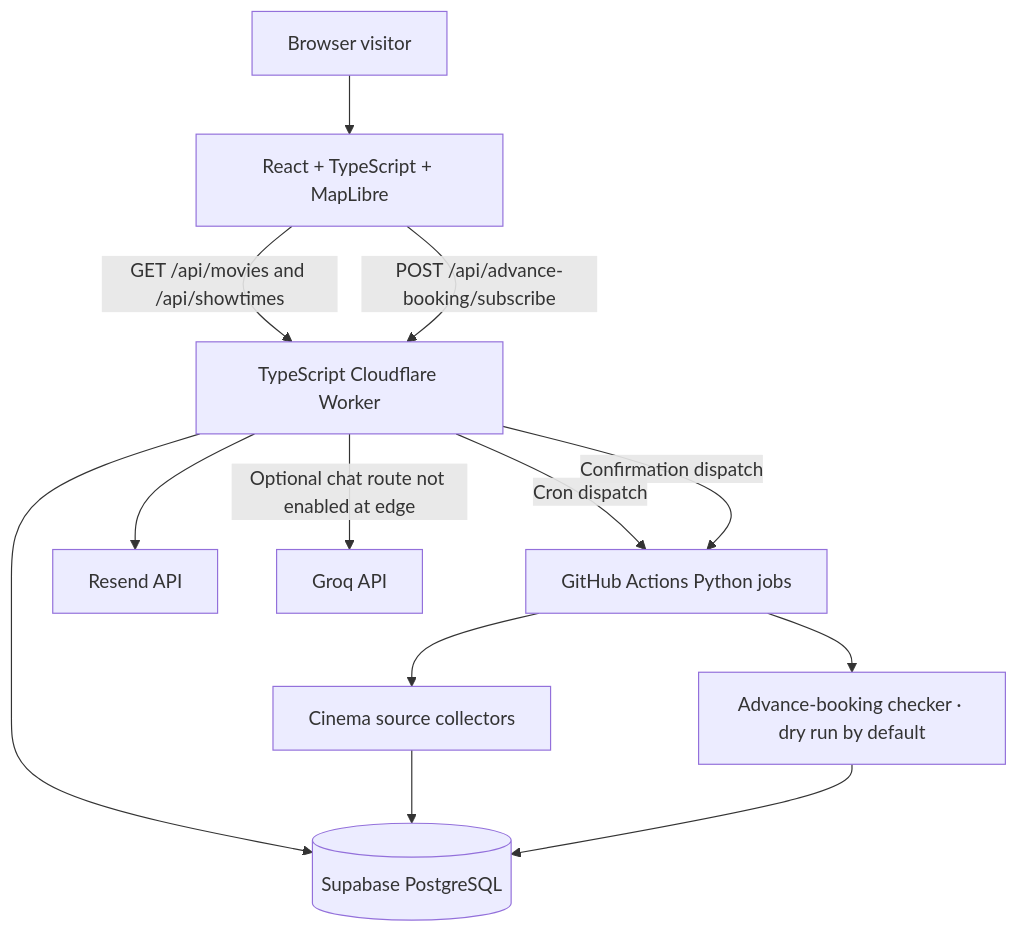
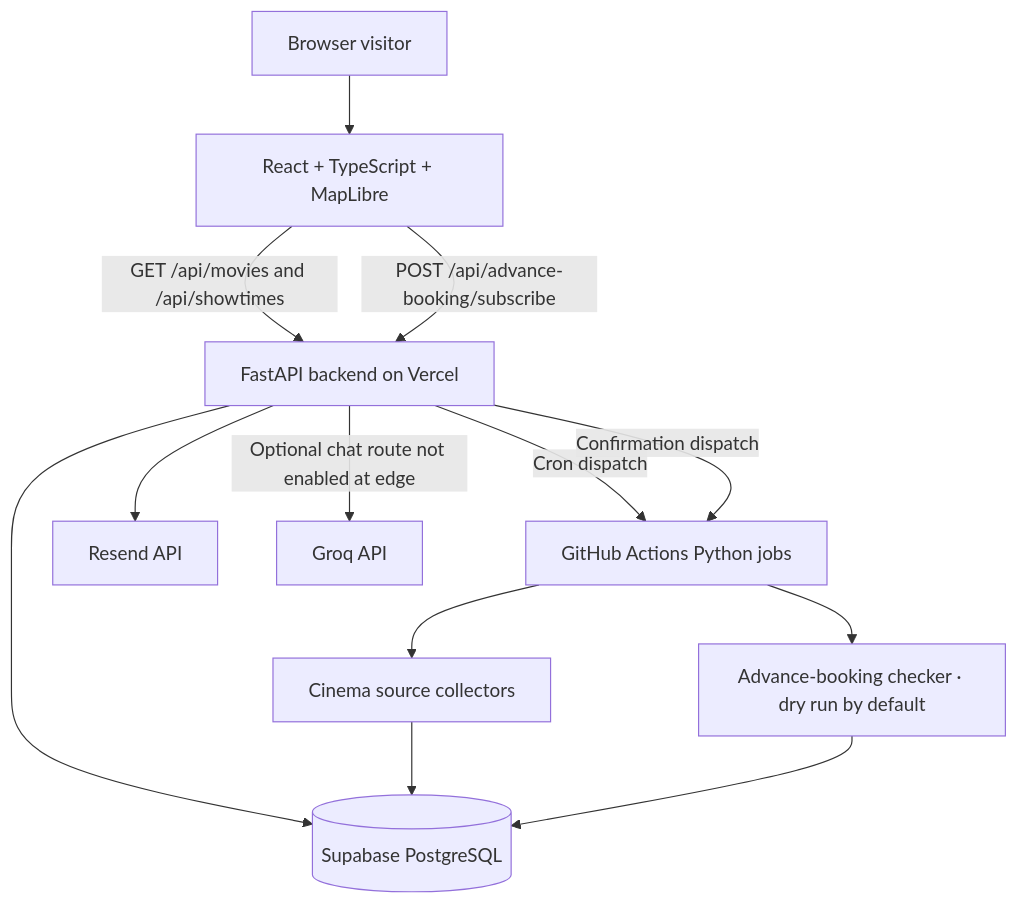
One commit to damnalee/filmup changed the first of 2 diagrams in docs/ARCHITECTURE.md. Above: the diagram before and after it, drawn with Mermaid. The commit also changed other lines of this file and 15 other files, not shown here.

````diff
--- a/docs/ARCHITECTURE.md
+++ b/docs/ARCHITECTURE.md
@@ -5,25 +5,25 @@
 ```mermaid
 flowchart TB
   Visitor[Browser visitor]
   Web[React + TypeScript + MapLibre]
-  Edge[TypeScript Cloudflare Worker]
+  Edge[FastAPI backend on Vercel]
   DB[(Supabase PostgreSQL)]
   Jobs[GitHub Actions Python jobs]
   Scraper[Cinema source collectors]
   Checker[Advance-booking checker · dry run by default]
   Resend[Resend API]
   Groq[Groq API]
 
   Visitor --> Web
   Web -->|GET /api/movies and /api/showtimes| Edge
   Web -->|POST /api/advance-booking/subscribe| Edge
   Edge --> DB
   Edge --> Resend
   Edge -->|Cron dispatch| Jobs
   Edge -->|Confirmation dispatch| Jobs
   Jobs --> Scraper
   Jobs --> Checker
   Scraper --> DB
   Checker --> DB
   Edge -->|Optional chat route not enabled at edge| Groq
 ```
````
